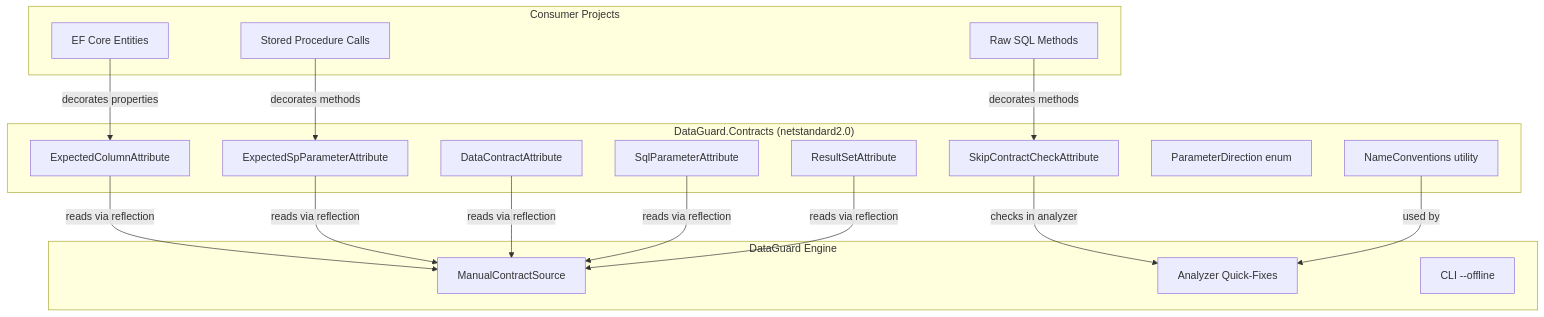
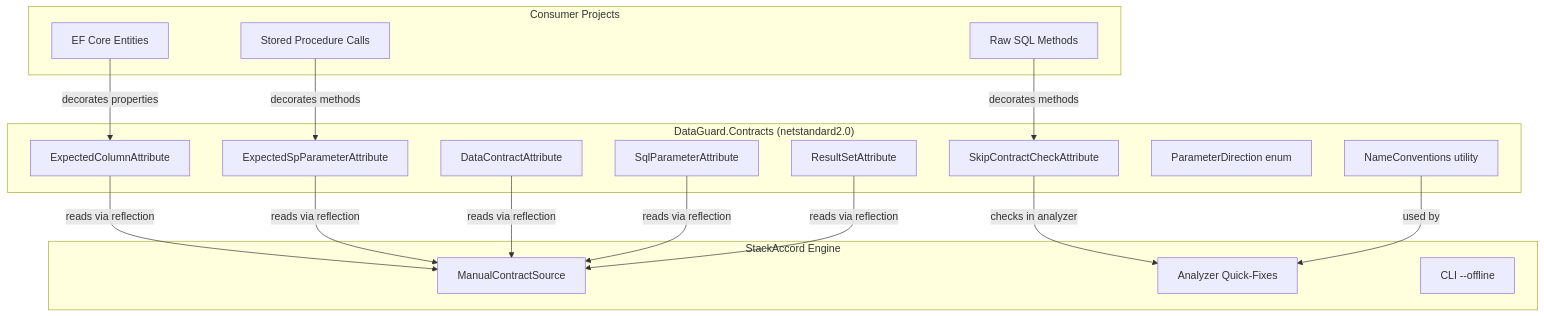
The first of 2 diagrams in docs/03-components/contracts/contract-attributes.md (thanhnt-sm/eco_support_net_oracle), drawn with Mermaid before and after one commit. The commit also changed other lines of this file and 115 other files, not shown here.

Commit message:
fix(branding): align StackAccord docs and release copy

````diff
--- a/docs/03-components/contracts/contract-attributes.md
+++ b/docs/03-components/contracts/contract-attributes.md
@@ -7,37 +7,37 @@
 ```mermaid
 graph TB
     subgraph "DataGuard.Contracts (netstandard2.0)"
         SCA[SkipContractCheckAttribute]
         ECA[ExpectedColumnAttribute]
         ESPA[ExpectedSpParameterAttribute]
         DCA[DataContractAttribute]
         SPA[SqlParameterAttribute]
         RSA[ResultSetAttribute]
         PD[ParameterDirection enum]
         NC[NameConventions utility]
     end
 
     subgraph "Consumer Projects"
         EF[EF Core Entities]
         SP[Stored Procedure Calls]
         RAW[Raw SQL Methods]
     end
 
-    subgraph "DataGuard Engine"
+    subgraph "StackAccord Engine"
         MS[ManualContractSource]
         IDE[Analyzer Quick-Fixes]
         CLI[CLI --offline]
     end
 
     EF -->|decorates properties| ECA
     SP -->|decorates methods| ESPA
     RAW -->|decorates methods| SCA
 
     ECA -->|reads via reflection| MS
     ESPA -->|reads via reflection| MS
     DCA -->|reads via reflection| MS
     SPA -->|reads via reflection| MS
     RSA -->|reads via reflection| MS
     SCA -->|checks in analyzer| IDE
     NC -->|used by| IDE
 ```
````
